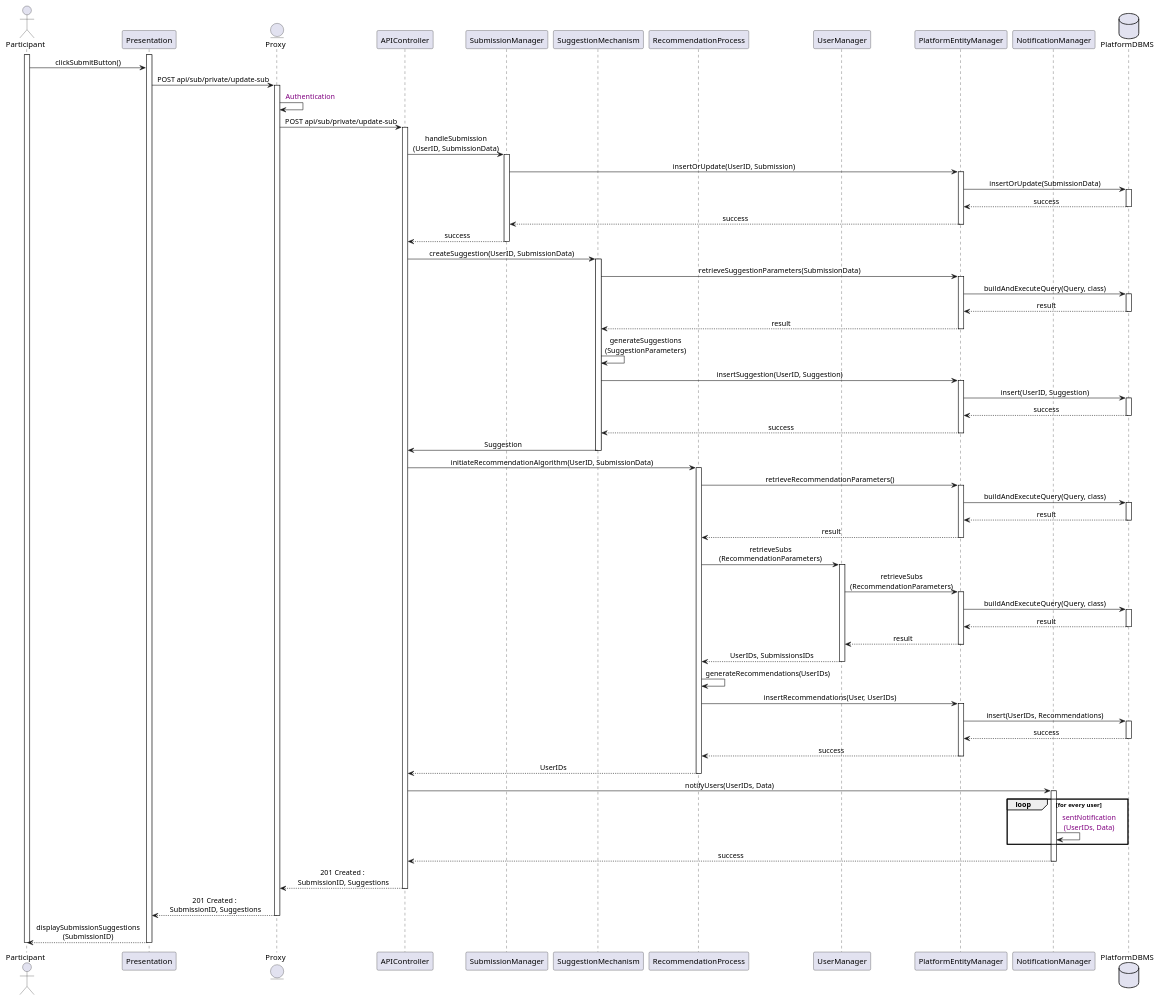
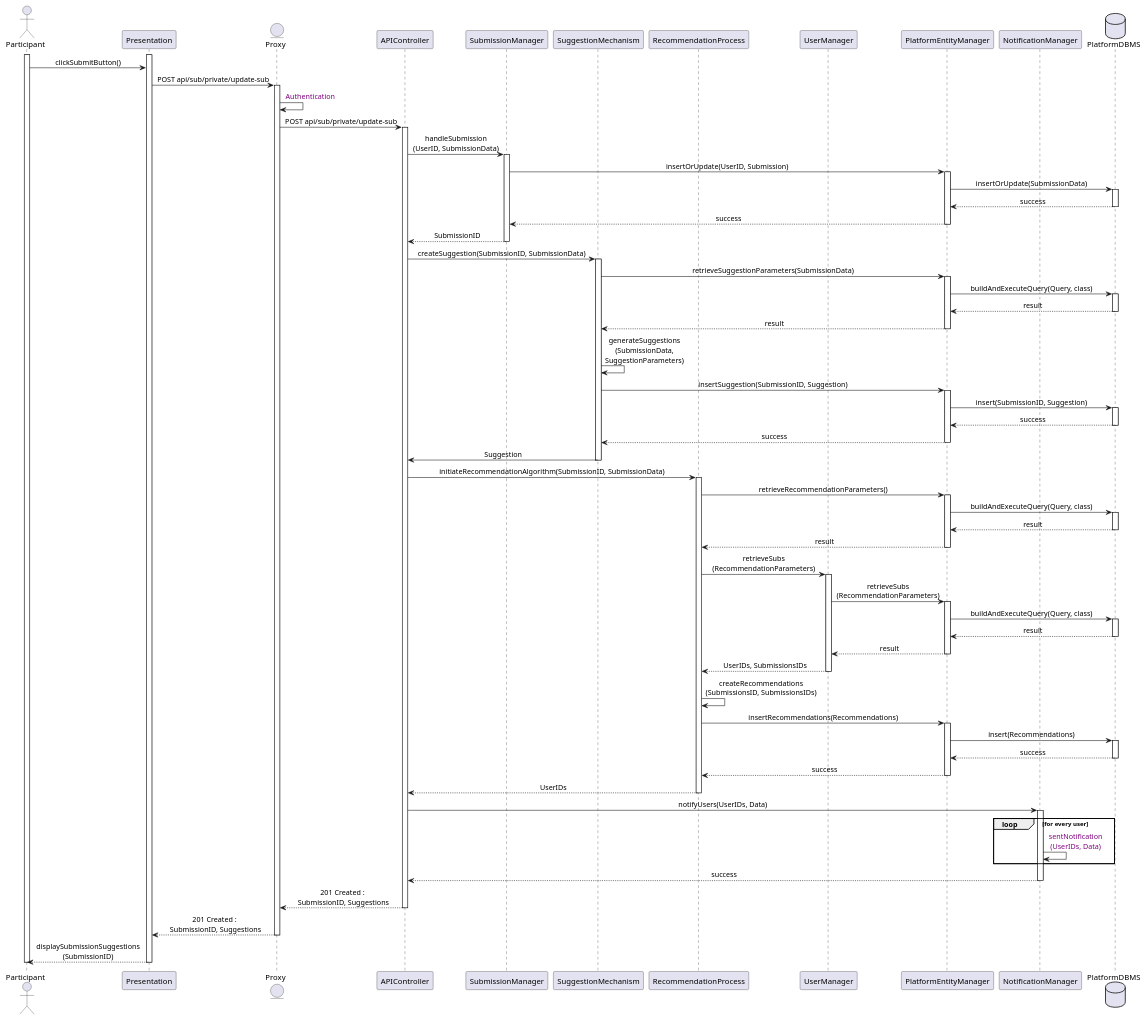
The diagram in Diagrams/SequenceDiagrams/DD/3ParticipantSubmission.wsd (Slaitroc/RicciPaoliGrisoni), drawn with PlantUML before and after one commit. The commit also changed 1 other file, not shown here.

```diff
--- a/Diagrams/SequenceDiagrams/DD/3ParticipantSubmission.wsd
+++ b/Diagrams/SequenceDiagrams/DD/3ParticipantSubmission.wsd
@@ -1,74 +1,74 @@
 @startuml ParticipantSubmission
 skinparam sequenceMessageAlign center
 actor       Participant
 participant Presentation
 entity      Proxy
 participant APIController
 participant SubmissionManager
 participant SuggestionMechanism
 participant RecommendationProcess
 participant UserManager
 participant PlatformEntityManager
 participant NotificationManager
 database    PlatformDBMS
 
 activate Participant
 activate Presentation
 Participant -> Presentation : clickSubmitButton()
 Presentation -> Proxy ++ : POST api/sub/private/update-sub
 Proxy -> Proxy  : <color:purple> Authentication
 Proxy -> APIController ++ : POST api/sub/private/update-sub
 APIController -> SubmissionManager : handleSubmission\n(UserID, SubmissionData)
 activate SubmissionManager
 ' SubmissionManager -> SubmissionManager : check(submission)
 SubmissionManager -> PlatformEntityManager : insertOrUpdate(UserID, Submission)
 activate PlatformEntityManager
 PlatformEntityManager -> PlatformDBMS : insertOrUpdate(SubmissionData)
 activate PlatformDBMS
 PlatformDBMS --> PlatformEntityManager : success
 deactivate PlatformDBMS
 PlatformEntityManager --> SubmissionManager : success 
 deactivate PlatformEntityManager
-SubmissionManager --> APIController : success
+SubmissionManager --> APIController : SubmissionID
 deactivate SubmissionManager
-APIController -> SuggestionMechanism ++ : createSuggestion(UserID, SubmissionData)
+APIController -> SuggestionMechanism ++ : createSuggestion(SubmissionID, SubmissionData)
 SuggestionMechanism -> PlatformEntityManager ++ : retrieveSuggestionParameters(SubmissionData)
 PlatformEntityManager -> PlatformDBMS ++ : buildAndExecuteQuery(Query, class)
 PlatformDBMS --> PlatformEntityManager -- : result
 PlatformEntityManager --> SuggestionMechanism -- : result
-SuggestionMechanism -> SuggestionMechanism : generateSuggestions\n(SuggestionParameters)
-SuggestionMechanism -> PlatformEntityManager ++ : insertSuggestion(UserID, Suggestion)
-PlatformEntityManager -> PlatformDBMS ++ : insert(UserID, Suggestion)
+SuggestionMechanism -> SuggestionMechanism : generateSuggestions\n(SubmissionData,\nSuggestionParameters)
+SuggestionMechanism -> PlatformEntityManager ++ : insertSuggestion(SubmissionID, Suggestion)
+PlatformEntityManager -> PlatformDBMS ++ : insert(SubmissionID, Suggestion)
 PlatformDBMS --> PlatformEntityManager -- : success
 PlatformEntityManager -->  SuggestionMechanism -- : success
 SuggestionMechanism -> APIController -- : Suggestion
-APIController -> RecommendationProcess ++ : initiateRecommendationAlgorithm(UserID, SubmissionData)
+APIController -> RecommendationProcess ++ : initiateRecommendationAlgorithm(SubmissionID, SubmissionData)
 RecommendationProcess -> PlatformEntityManager ++ : retrieveRecommendationParameters()
 PlatformEntityManager -> PlatformDBMS ++ : buildAndExecuteQuery(Query, class)
 PlatformDBMS --> PlatformEntityManager -- : result
 PlatformEntityManager --> RecommendationProcess -- : result
 RecommendationProcess -> UserManager ++ : retrieveSubs\n(RecommendationParameters)
 UserManager -> PlatformEntityManager ++ : retrieveSubs\n(RecommendationParameters)
 PlatformEntityManager -> PlatformDBMS ++ : buildAndExecuteQuery(Query, class)
 PlatformDBMS --> PlatformEntityManager -- : result
 PlatformEntityManager --> UserManager -- : result
 UserManager --> RecommendationProcess -- : UserIDs, SubmissionsIDs
-RecommendationProcess -> RecommendationProcess : generateRecommendations(UserIDs)
-RecommendationProcess -> PlatformEntityManager ++ : insertRecommendations(User, UserIDs)
-PlatformEntityManager -> PlatformDBMS ++ : insert(UserIDs, Recommendations)
+RecommendationProcess -> RecommendationProcess : createRecommendations\n(SubmissionsID, SubmissionsIDs)
+RecommendationProcess -> PlatformEntityManager ++ : insertRecommendations(Recommendations)
+PlatformEntityManager -> PlatformDBMS ++ : insert(Recommendations)
 PlatformDBMS --> PlatformEntityManager -- : success
 PlatformEntityManager -->  RecommendationProcess -- : success
 RecommendationProcess --> APIController -- : UserIDs
 APIController -> NotificationManager ++ : notifyUsers(UserIDs, Data)
 loop for every user
     NotificationManager -> NotificationManager : <color:purple> sentNotification\n <color:purple>(UserIDs, Data)
 end
 NotificationManager --> APIController -- : success
 APIController --> Proxy : 201 Created :\n SubmissionID, Suggestions
 deactivate APIController
 Proxy --> Presentation : 201 Created :\n SubmissionID, Suggestions
 deactivate Proxy
 Presentation --> Participant : displaySubmissionSuggestions\n(SubmissionID)
 deactivate Presentation
 deactivate Participant
 @enduml
```
